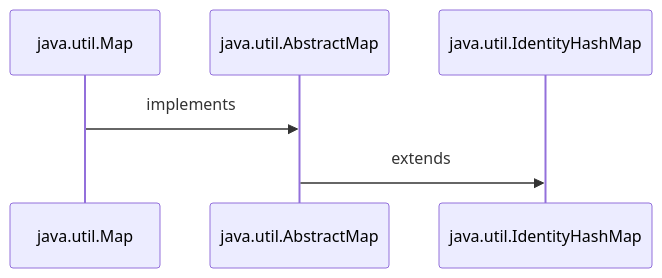
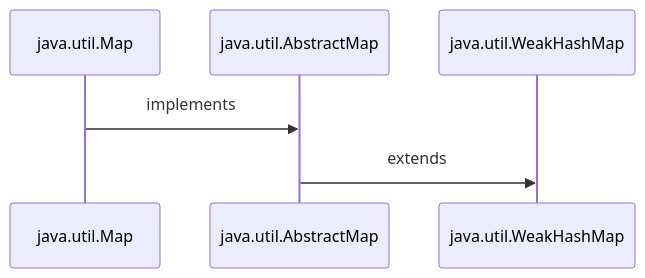
The sixth of 6 diagrams in README.md (AvinandanBose/Java-Collections-Map), drawn with Mermaid before and after one commit. The commit also changed other lines of this file, not shown here.

````diff
--- a/README.md
+++ b/README.md
@@ -1012,10 +1191,10 @@
 ```mermaid
 
 sequenceDiagram
     
   
   java.util.Map->>java.util.AbstractMap:implements 
-  java.util.AbstractMap->>java.util.IdentityHashMap:extends
+  java.util.AbstractMap->>java.util.WeakHashMap:extends
   
   
 ```
````
